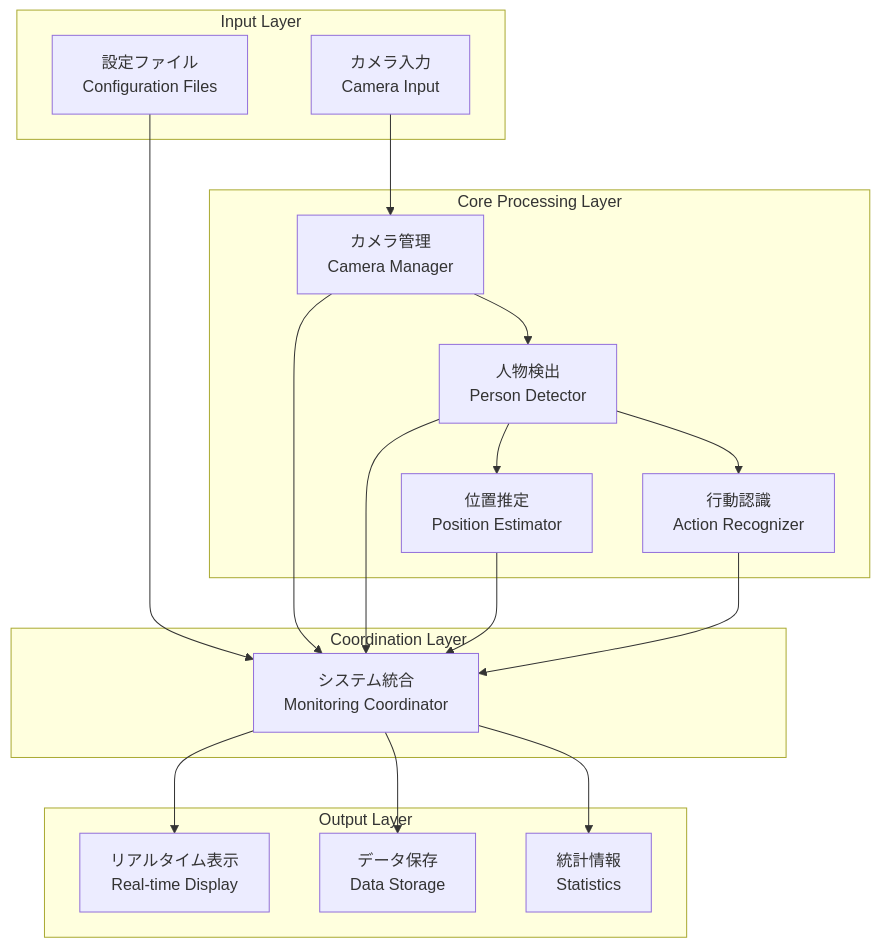
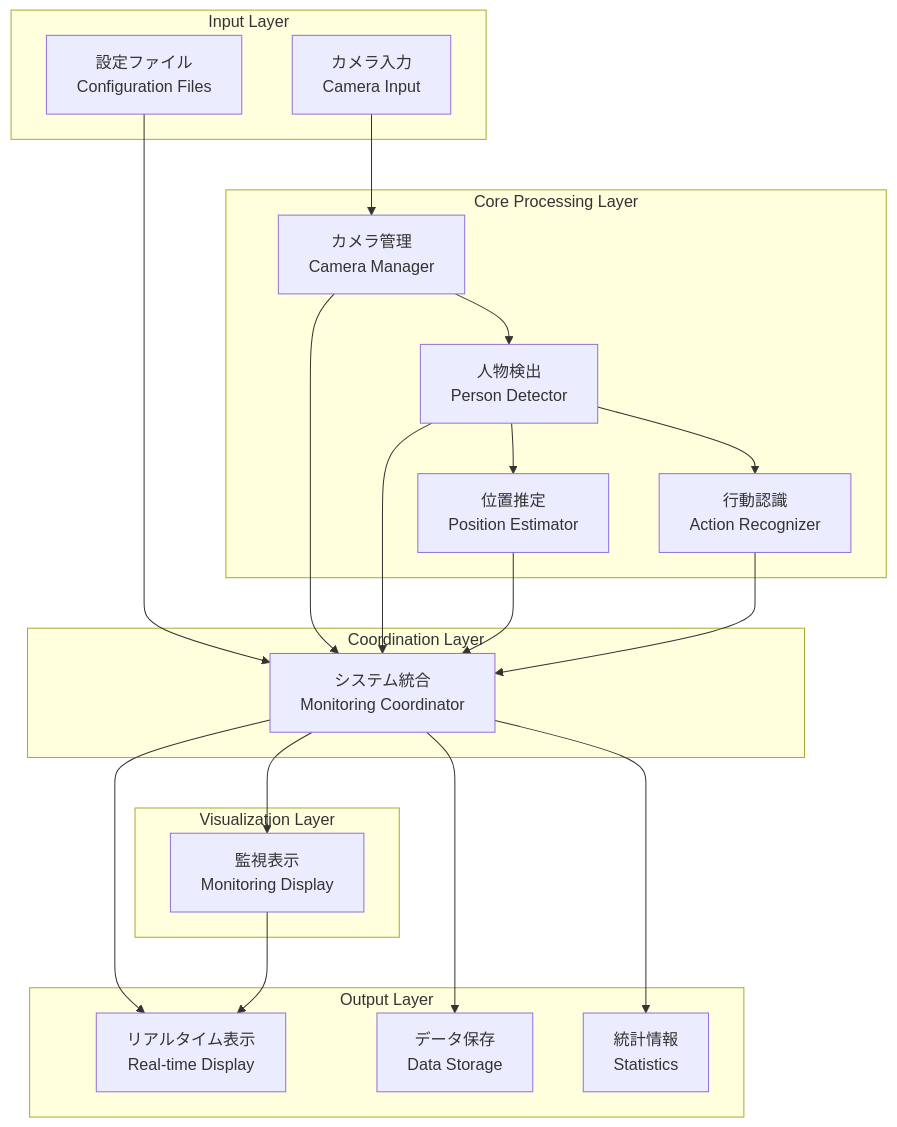
The first of 11 diagrams in docs/System_Architecture.md (kira612/PBL_test), drawn with Mermaid before and after one commit. The commit also changed other lines of this file and 13 other files, not shown here.

First line of the commit message:
Add comprehensive visualization system with real-time display and overlay features

````diff
--- a/docs/System_Architecture.md
+++ b/docs/System_Architecture.md
@@ -10,37 +10,43 @@
 ```mermaid
 graph TB
     subgraph "Input Layer"
         Camera[カメラ入力<br/>Camera Input]
         Config[設定ファイル<br/>Configuration Files]
     end
 
     subgraph "Core Processing Layer"
         CameraManager[カメラ管理<br/>Camera Manager]
         PersonDetector[人物検出<br/>Person Detector]
         PositionEstimator[位置推定<br/>Position Estimator]
         ActionRecognizer[行動認識<br/>Action Recognizer]
+    end
+
+    subgraph "Visualization Layer"
+        MonitoringDisplay[監視表示<br/>Monitoring Display]
     end
 
     subgraph "Coordination Layer"
         Coordinator[システム統合<br/>Monitoring Coordinator]
     end
 
     subgraph "Output Layer"
         Display[リアルタイム表示<br/>Real-time Display]
         Storage[データ保存<br/>Data Storage]
         Statistics[統計情報<br/>Statistics]
     end
 
     Camera --> CameraManager
     Config --> Coordinator
     CameraManager --> PersonDetector
     PersonDetector --> PositionEstimator
     PersonDetector --> ActionRecognizer
     CameraManager --> Coordinator
     PersonDetector --> Coordinator
     PositionEstimator --> Coordinator
     ActionRecognizer --> Coordinator
+    Coordinator --> MonitoringDisplay
     Coordinator --> Display
     Coordinator --> Storage
     Coordinator --> Statistics
+    MonitoringDisplay --> Display
 ```
````
